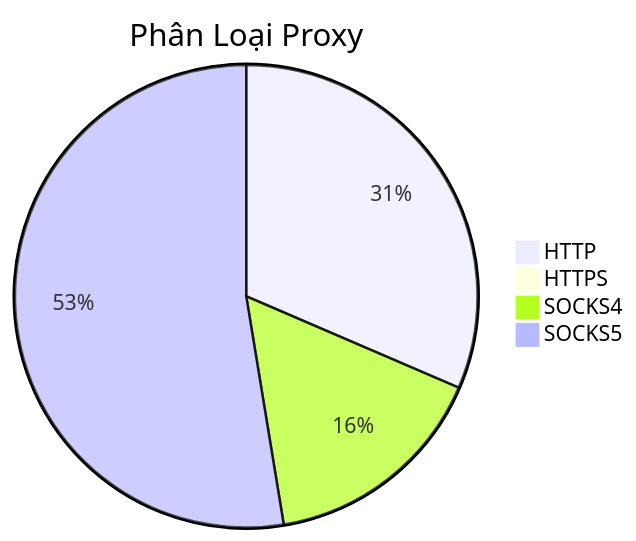
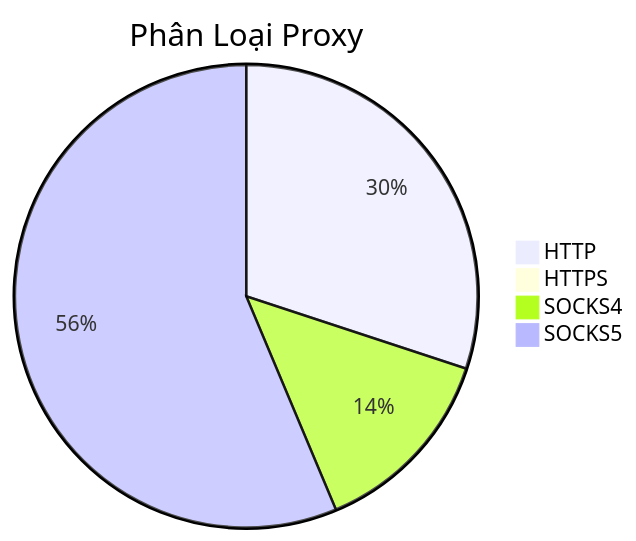
One commit to Ciara-12/PROXY-free changed the diagram in README.md. Above: the diagram before and after it, drawn with Mermaid. The commit also changed other lines of this file and 4 other files, not shown here.

````diff
--- a/README.md
+++ b/README.md
@@ -26,7 +26,7 @@
 ```mermaid
 pie title Phân Loại Proxy
-    "HTTP" : 582
-    "HTTPS" : 2
-    "SOCKS4" : 295
-    "SOCKS5" : 973
+    "HTTP" : 928
+    "HTTPS" : 5
+    "SOCKS4" : 420
+    "SOCKS5" : 1739
 ```
````
